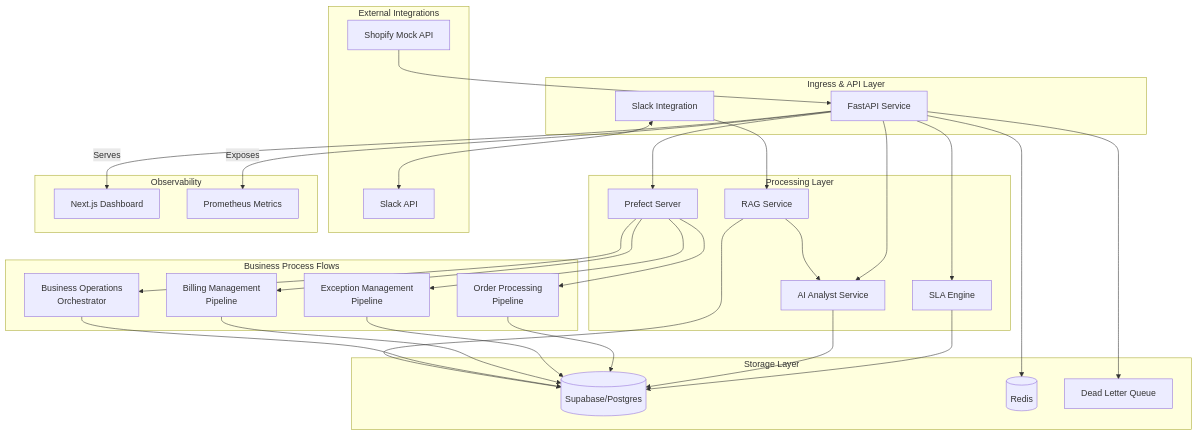
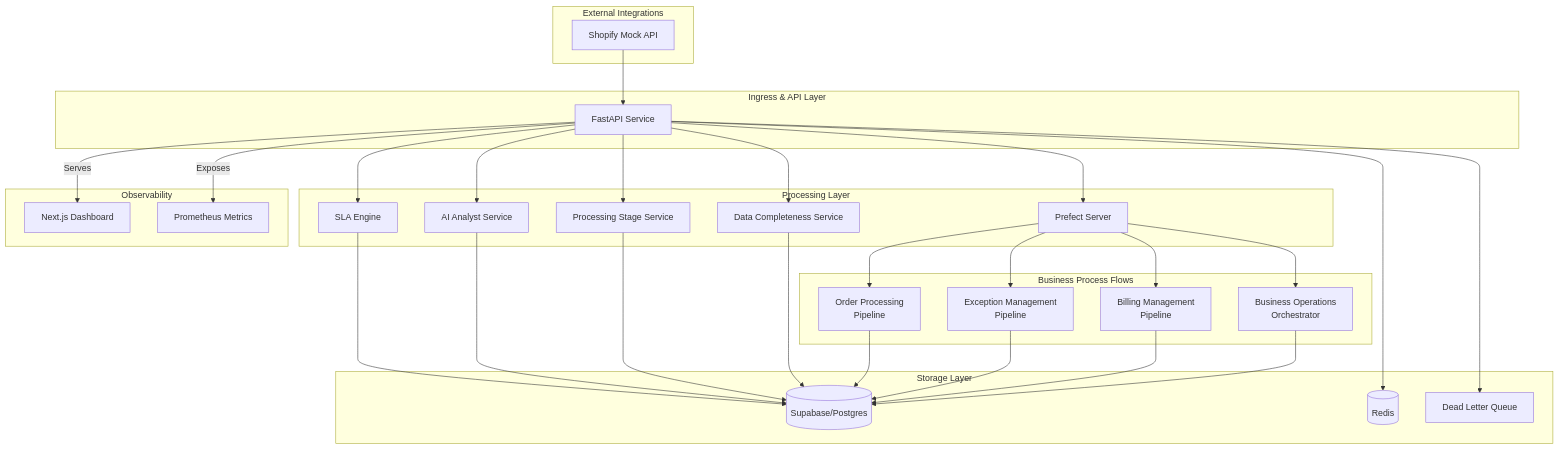
Before and after one commit to chernistry/e2a: the second of 4 diagrams in README.md, drawn with Mermaid. The commit also changed other lines of this file and 13 other files, not shown here.

First line of the commit message:
Implement processing stage management and data completeness tracking

````diff
--- a/README.md
+++ b/README.md
@@ -218,64 +209,63 @@
 ```mermaid
 graph TD
     subgraph "Ingress & API Layer"
         API[FastAPI Service]
-        SLACK[Slack Integration]
     end
     
     subgraph "Processing Layer"
         SLA_ENGINE[SLA Engine]
         AI_ANALYST[AI Analyst Service]
+        PROCESSING_STAGE[Processing Stage Service]
+        DATA_COMPLETENESS[Data Completeness Service]
         PREFECT[Prefect Server]
-        RAG[RAG Service]
     end
     
     subgraph "Business Process Flows"
         ORDER_FLOW[Order Processing<br/>Pipeline]
         EXCEPTION_FLOW[Exception Management<br/>Pipeline]
         BILLING_FLOW[Billing Management<br/>Pipeline]
         ORCHESTRATOR_FLOW[Business Operations<br/>Orchestrator]
     end
     
     subgraph "Storage Layer"
         SUPABASE[(Supabase/Postgres)]
         REDIS[(Redis)]
         DLQ[Dead Letter Queue]
     end
     
     subgraph "External Integrations"
-        SLACK_API[Slack API]
         SHOPIFY_MOCK[Shopify Mock API]
     end
     
     subgraph "Observability"
         DASHBOARD[Next.js Dashboard]
         PROMETHEUS[Prometheus Metrics]
     end
     
     API --> SLA_ENGINE
     API --> AI_ANALYST
+    API --> PROCESSING_STAGE
+    API --> DATA_COMPLETENESS
     API --> PREFECT
-    SLACK --> RAG
-    RAG --> AI_ANALYST
     
     PREFECT --> ORDER_FLOW
     PREFECT --> EXCEPTION_FLOW
     PREFECT --> BILLING_FLOW
     PREFECT --> ORCHESTRATOR_FLOW
     
     SLA_ENGINE --> SUPABASE
     AI_ANALYST --> SUPABASE
+    PROCESSING_STAGE --> SUPABASE
+    DATA_COMPLETENESS --> SUPABASE
     ORDER_FLOW --> SUPABASE
     EXCEPTION_FLOW --> SUPABASE
     BILLING_FLOW --> SUPABASE
     ORCHESTRATOR_FLOW --> SUPABASE
-    RAG --> SUPABASE
     
     API --> REDIS
     API --> DLQ
-    SLACK <--> SLACK_API
     SHOPIFY_MOCK --> API
     
     API -- Exposes --> PROMETHEUS
     API -- Serves --> DASHBOARD
 ```
````
